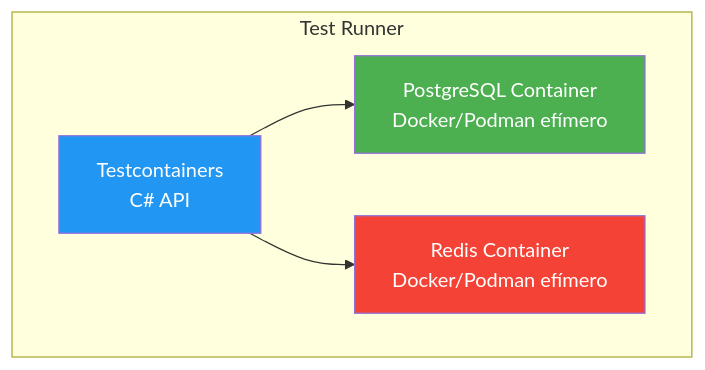
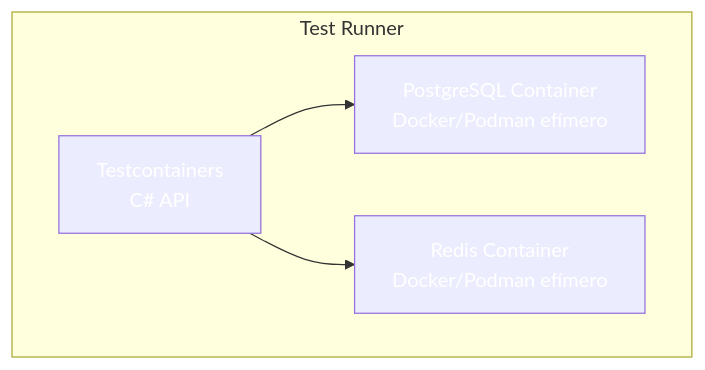
One commit to joseluisgs/DesarrolloWebEntornosServidor-01-2026-2027 changed the diagram in soluciones/08-TestContainers/README.md. Above: the diagram before and after it, drawn with Mermaid. The commit also changed other lines of this file and 66 other files, not shown here.

First line of the commit message:
fix: normalizar titulos al castellano de frase y corregir la paleta de mermaid

````diff
--- a/soluciones/08-TestContainers/README.md
+++ b/soluciones/08-TestContainers/README.md
@@ -13,11 +13,11 @@
 ```mermaid
 graph TB
     subgraph "Test Runner"
         A[Testcontainers<br/>C# API] --> B[PostgreSQL Container<br/>Docker/Podman efímero]
         A --> C[Redis Container<br/>Docker/Podman efímero]
     end
     
-    style A fill:#2196F3,color:#fff
-    style B fill:#4CAF50,color:#fff
-    style C fill:#f44336,color:#fff
+    style A fill:#2196F,color:#fff3,color:#fff
+    style B fill:#4CAF5,color:#fff0,color:#fff
+    style C fill:#f4433,color:#fff6,color:#fff
 ```
````
